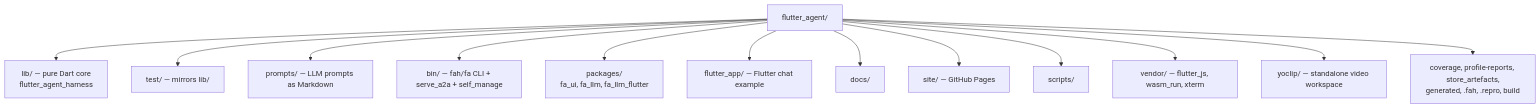
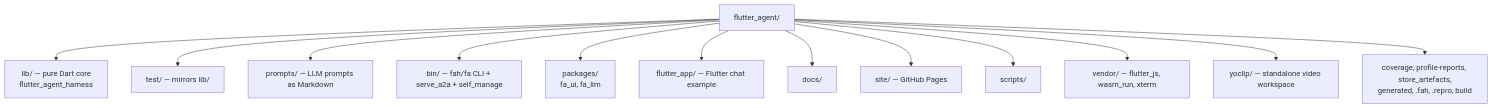
Before and after one commit to IstiN/flutter_agent_harness: the first of 6 diagrams in docs/agents/project-layout.md, drawn with Mermaid. The commit also changed 130 other files, not shown here.

First line of the commit message:
gh-2004 [GOAL] Remove on-device Gemma stack: flutter_gemma + litertlm packages, lib/gemma/ + lib/on_device/ modules, model-cache/settings UI, pod plumbing (iOS 16 floor note) — zero dead code, graceful config migration, all platforms green (#2006)

````diff
--- a/docs/agents/project-layout.md
+++ b/docs/agents/project-layout.md
@@ -15,16 +15,16 @@
 ```mermaid
 graph TD
   R[flutter_agent/]
   R --> Lib[lib/ — pure Dart core<br/>flutter_agent_harness]
   R --> T[test/ — mirrors lib/]
   R --> P[prompts/ — LLM prompts as Markdown]
   R --> Bin[bin/ — fah/fa CLI + serve_a2a + self_manage]
-  R --> Pkg[packages/<br/>fa_ui, fa_llm, fa_llm_flutter]
+  R --> Pkg[packages/<br/>fa_ui, fa_llm]
   R --> App[flutter_app/ — Flutter chat example]
   R --> Docs[docs/]
   R --> Site[site/ — GitHub Pages]
   R --> Scr[scripts/]
   R --> V[vendor/ — flutter_js, wasm_run, xterm]
   R --> Yo[yoclip/ — standalone video workspace]
   R --> Misc[coverage, profile-reports, store_artefacts,<br/>generated, .fah, .repro, build]
 ```
````
